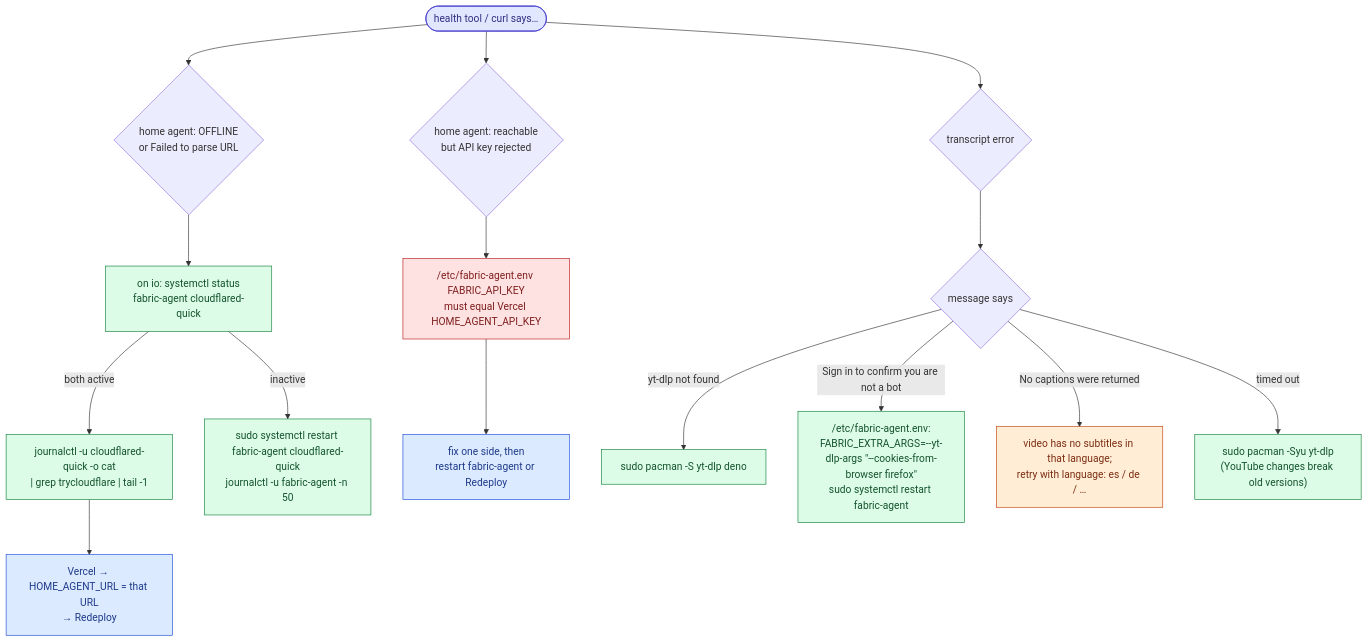
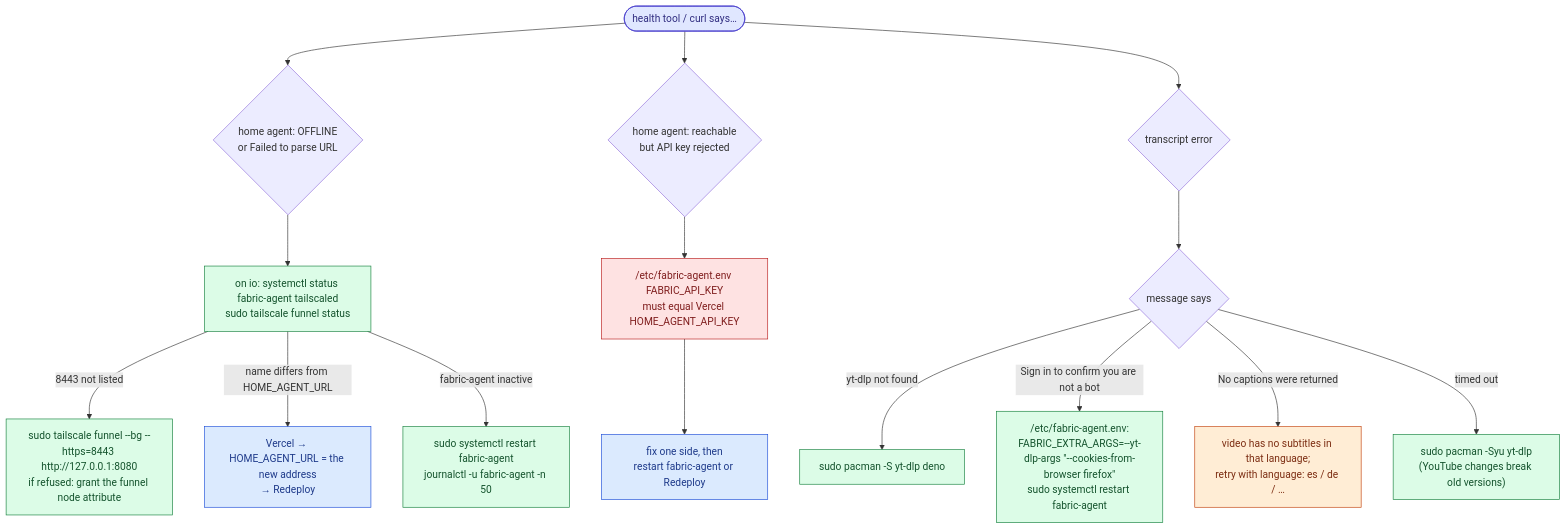
Before and after one commit to FRAQTIV/Fabric: the fifth of 5 diagrams in docs/fabric-on-io.md, drawn with Mermaid. The commit also changed other lines of this file and 5 other files, not shown here.

First line of the commit message:
chore(mcp): Retire the Cloudflare quick tunnel; Tailscale Funnel is the only path to io (#19)

````diff
--- a/docs/fabric-on-io.md
+++ b/docs/fabric-on-io.md
@@ -232,28 +237,28 @@
 ```mermaid
 flowchart TD
   S(["health tool / curl says…"]):::start
 
   S --> A{"home agent: OFFLINE<br/>or Failed to parse URL"}
   S --> B{"home agent: reachable<br/>but API key rejected"}
   S --> C{"transcript error"}
 
-  A --> A1["on io: systemctl status<br/>fabric-agent cloudflared-quick"]:::io
-  A1 -->|both active| A2["journalctl -u cloudflared-quick -o cat<br/>#124; grep trycloudflare #124; tail -1"]:::io
-  A2 --> A3["Vercel → HOME_AGENT_URL = that URL<br/>→ Redeploy"]:::cloud
-  A1 -->|inactive| A4["sudo systemctl restart fabric-agent cloudflared-quick<br/>journalctl -u fabric-agent -n 50"]:::io
+  A --> A1["on io: systemctl status fabric-agent tailscaled<br/>sudo tailscale funnel status"]:::io
+  A1 -->|"8443 not listed"| A2["sudo tailscale funnel --bg --https=8443 http://127.0.0.1:8080<br/>if refused: grant the funnel node attribute"]:::io
+  A1 -->|"name differs from HOME_AGENT_URL"| A3["Vercel → HOME_AGENT_URL = the new address<br/>→ Redeploy"]:::cloud
+  A1 -->|"fabric-agent inactive"| A4["sudo systemctl restart fabric-agent<br/>journalctl -u fabric-agent -n 50"]:::io
 
   B --> B1["/etc/fabric-agent.env FABRIC_API_KEY<br/>must equal Vercel HOME_AGENT_API_KEY"]:::secret
   B1 --> B2["fix one side, then<br/>restart fabric-agent or Redeploy"]:::cloud
 
   C --> C1{"message says"}
   C1 -->|"yt-dlp not found"| C2["sudo pacman -S yt-dlp deno"]:::io
   C1 -->|"Sign in to confirm you are not a bot"| C3["/etc/fabric-agent.env:<br/>FABRIC_EXTRA_ARGS=--yt-dlp-args #quot;--cookies-from-browser firefox#quot;<br/>sudo systemctl restart fabric-agent"]:::io
   C1 -->|"No captions were returned"| C4["video has no subtitles in that language;<br/>retry with language: es / de / …"]:::ext
   C1 -->|"timed out"| C5["sudo pacman -Syu yt-dlp<br/>(YouTube changes break old versions)"]:::io
 
   classDef start fill:#e0e7ff,stroke:#4338ca,color:#312e81
   classDef io fill:#dcfce7,stroke:#15803d,color:#14532d
   classDef cloud fill:#dbeafe,stroke:#1d4ed8,color:#1e3a8a
   classDef secret fill:#fee2e2,stroke:#b91c1c,color:#7f1d1d
   classDef ext fill:#ffedd5,stroke:#c2410c,color:#7c2d12
 ```
````
